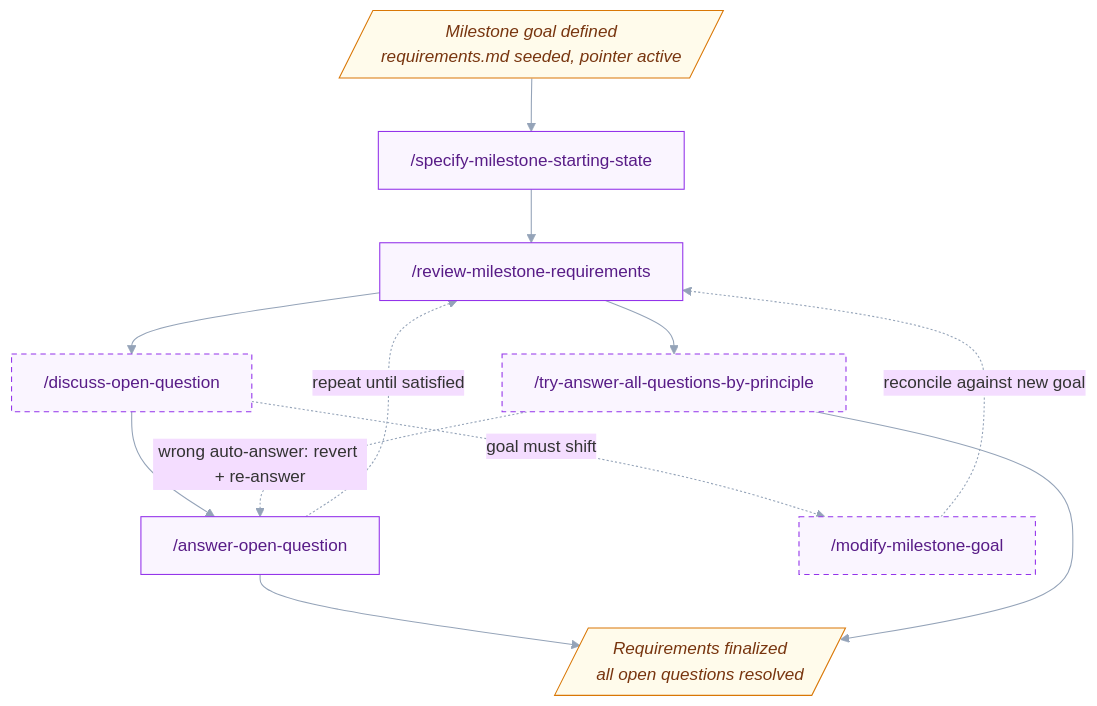
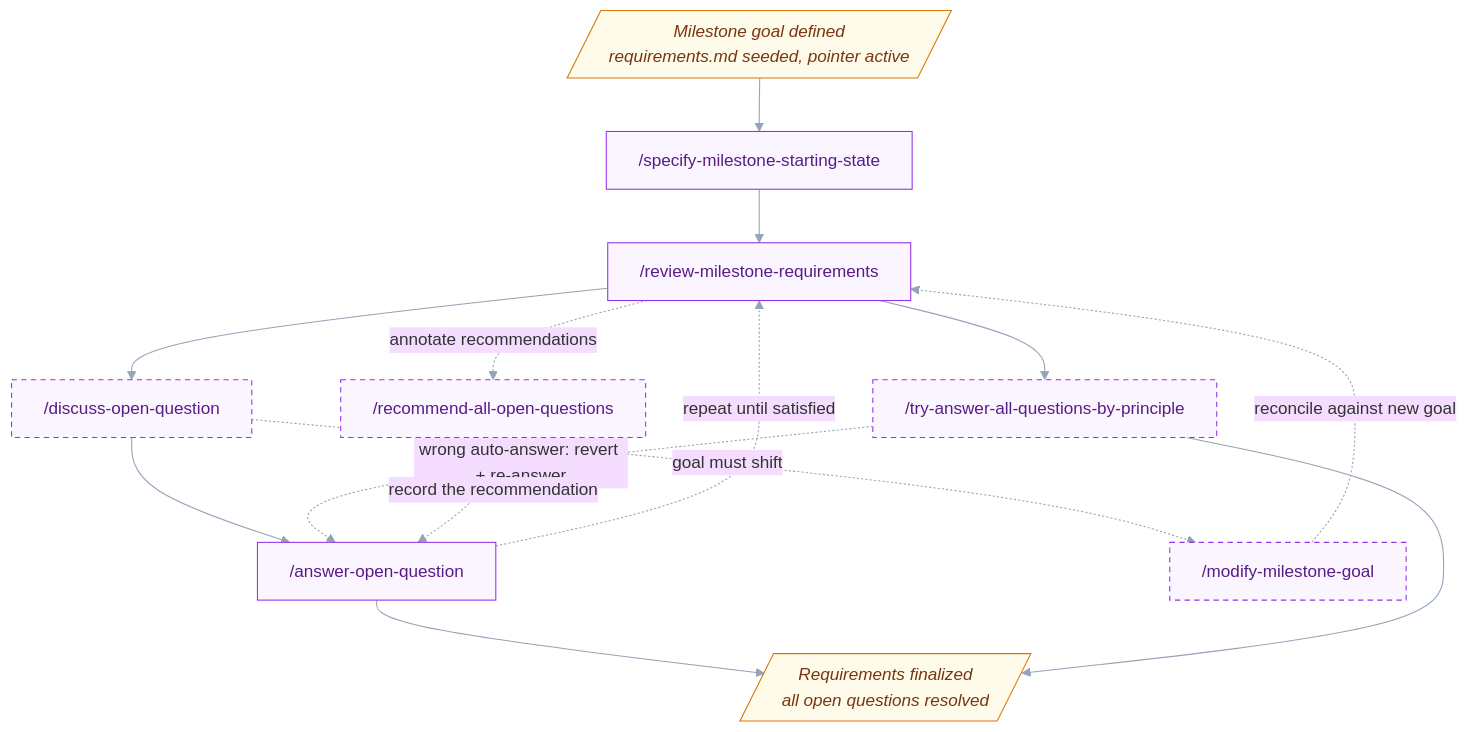
The third of 6 diagrams in README.md (uHappyLogic/cairn), drawn with Mermaid before and after one commit. The commit also changed other lines of this file and 2 other files, not shown here.

````diff
--- a/README.md
+++ b/README.md
@@ -106,29 +106,32 @@
 ```mermaid
 %%{init: {'theme':'base','themeVariables':{'fontFamily':'ui-sans-serif, system-ui','lineColor':'#94a3b8','primaryBorderColor':'#475569'},'flowchart':{'wrappingWidth':9999,'curve':'basis'}}}%%
 flowchart TD
     D1[/"Milestone goal defined<br/>requirements.md seeded, pointer active"/]
     ITM0["/specify-milestone-starting-state"]
     ITM1["/review-milestone-requirements"]
     ITM3["/discuss-open-question"]
     ITM4["/answer-open-question"]
     ITM2["/try-answer-all-questions-by-principle"]
+    ITM5["/recommend-all-open-questions"]
     ITM7["/modify-milestone-goal"]
     D2[/"Requirements finalized<br/>all open questions resolved"/]
 
     D1 --> ITM0 --> ITM1
     ITM1 --> ITM3 --> ITM4
     ITM3 -.->|goal must shift| ITM7
     ITM7 -.->|reconcile against new goal| ITM1
     ITM4 -.->|repeat until satisfied| ITM1
     ITM4 --> D2
     ITM1 --> ITM2
     ITM2 -.->|wrong auto-answer: revert + re-answer| ITM4
     ITM2 --> D2
+    ITM1 -.->|annotate recommendations| ITM5
+    ITM5 -.->|record the recommendation| ITM4
 
     classDef req fill:#faf5ff,stroke:#9333ea,color:#581c87;
     classDef optional stroke-dasharray:5 4;
     classDef state fill:#fffbeb,stroke:#d97706,color:#78350f,font-style:italic;
-    class ITM0,ITM1,ITM2,ITM3,ITM4,ITM7 req;
-    class ITM2,ITM3,ITM7 optional;
+    class ITM0,ITM1,ITM2,ITM3,ITM4,ITM5,ITM7 req;
+    class ITM2,ITM3,ITM5,ITM7 optional;
     class D1,D2 state;
 ```
````
